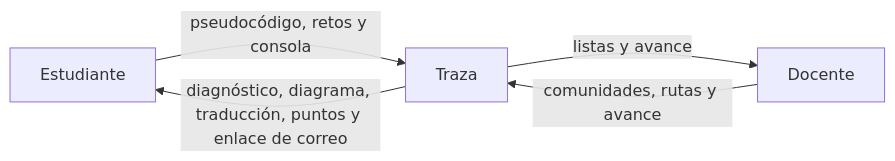
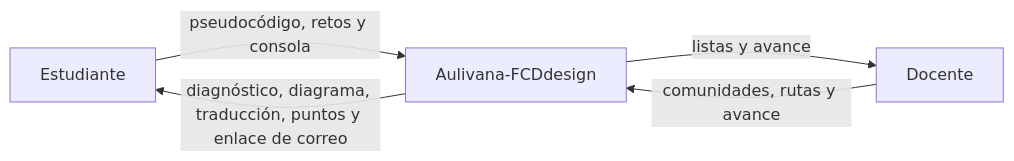
Before and after one commit to roque-code/FCDesign_client_server: the first of 3 diagrams in docs/vistas/diagrama-c4.md, drawn with Mermaid. The commit also changed other lines of this file and 60 other files, not shown here.

````diff
--- a/docs/vistas/diagrama-c4.md
+++ b/docs/vistas/diagrama-c4.md
@@ -9,10 +9,10 @@
 ```mermaid
 flowchart LR
     est[Estudiante]
     doc[Docente]
-    traza[Traza]
-    est -->|pseudocódigo, retos y consola| traza
-    doc -->|comunidades, rutas y avance| traza
-    traza -->|diagnóstico, diagrama, traducción, puntos y enlace de correo| est
-    traza -->|listas y avance| doc
+    producto[Aulivana-FCDdesign]
+    est -->|pseudocódigo, retos y consola| producto
+    doc -->|comunidades, rutas y avance| producto
+    producto -->|diagnóstico, diagrama, traducción, puntos y enlace de correo| est
+    producto -->|listas y avance| doc
 ```
````
